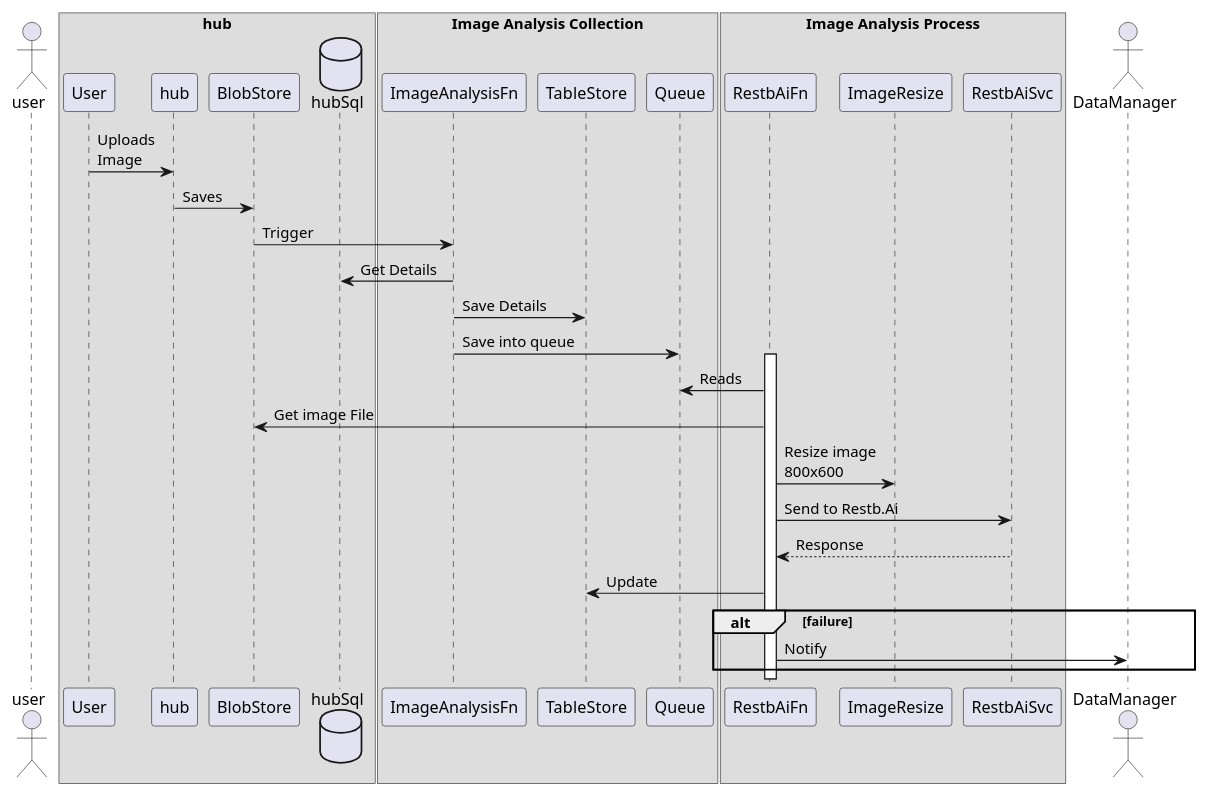
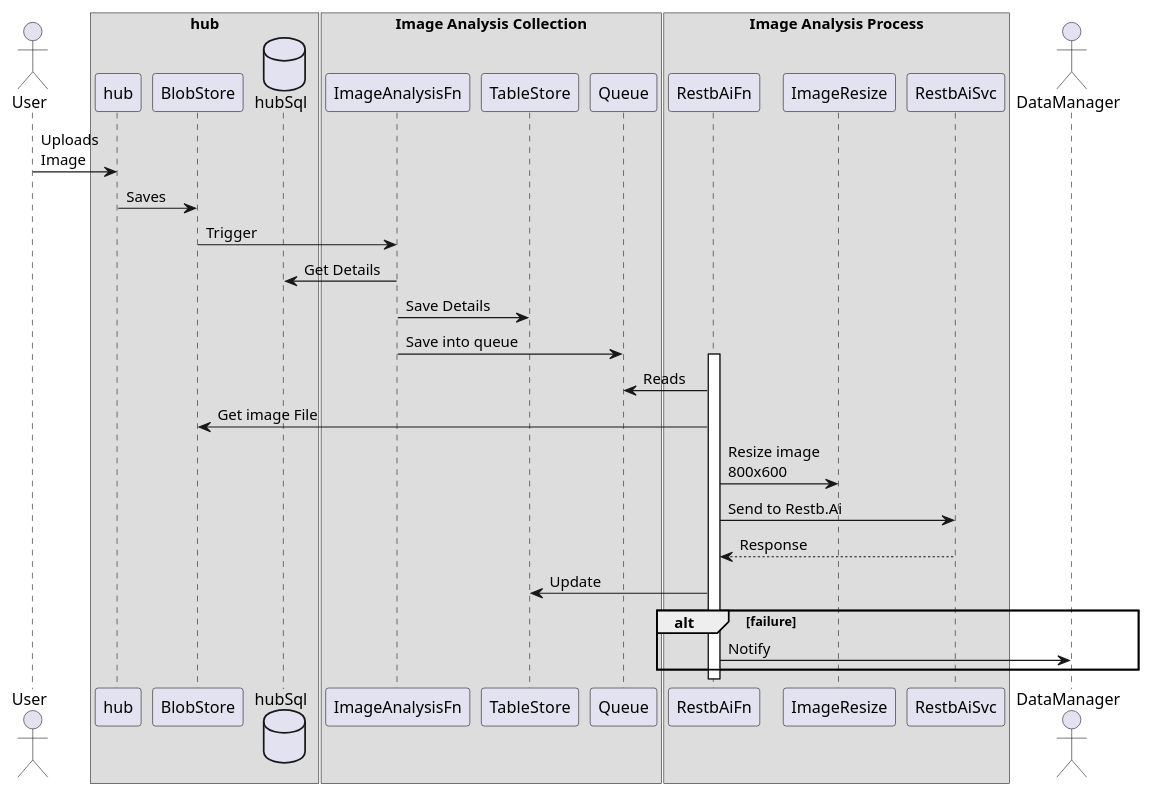
One commit to Kf-GaryNewport/Kf-GaryNewport.github.io changed the diagram in assets/ImageAnalysis/ImageAnalysis-Seq.puml. Above: the diagram before and after it, drawn with PlantUML.

```diff
--- a/assets/ImageAnalysis/ImageAnalysis-Seq.puml
+++ b/assets/ImageAnalysis/ImageAnalysis-Seq.puml
@@ -1,39 +1,39 @@
 @startuml "ImageAnalysis Sequence"
 
-actor user
+actor User
 box "hub"
     User -> hub : Uploads\nImage
     hub -> BlobStore : Saves
 database hubSql
 end box
 
 box "Image Analysis Collection"
     BlobStore -> ImageAnalysisFn : Trigger
     ImageAnalysisFn -> hubSql : Get Details
     ImageAnalysisFn -> TableStore : Save Details
     ImageAnalysisFn -> Queue : Save into queue
 end box
 box "Image Analysis Process"
     Activate RestbAiFn
     RestbAiFn -> Queue : Reads 
     RestbAiFn -> BlobStore : Get image File
     RestbAiFn -> ImageResize : Resize image\n800x600
     RestbAiFn -> RestbAiSvc : Send to Restb.Ai
     RestbAiSvc --> RestbAiFn : Response
     RestbAiFn -> TableStore : Update 
 end box
 
 actor DataManager
 alt failure
     RestbAiFn -> DataManager : Notify
 end
 
 
 
 ' Need to failure route
 
 
 
  
 
 @enduml
```
